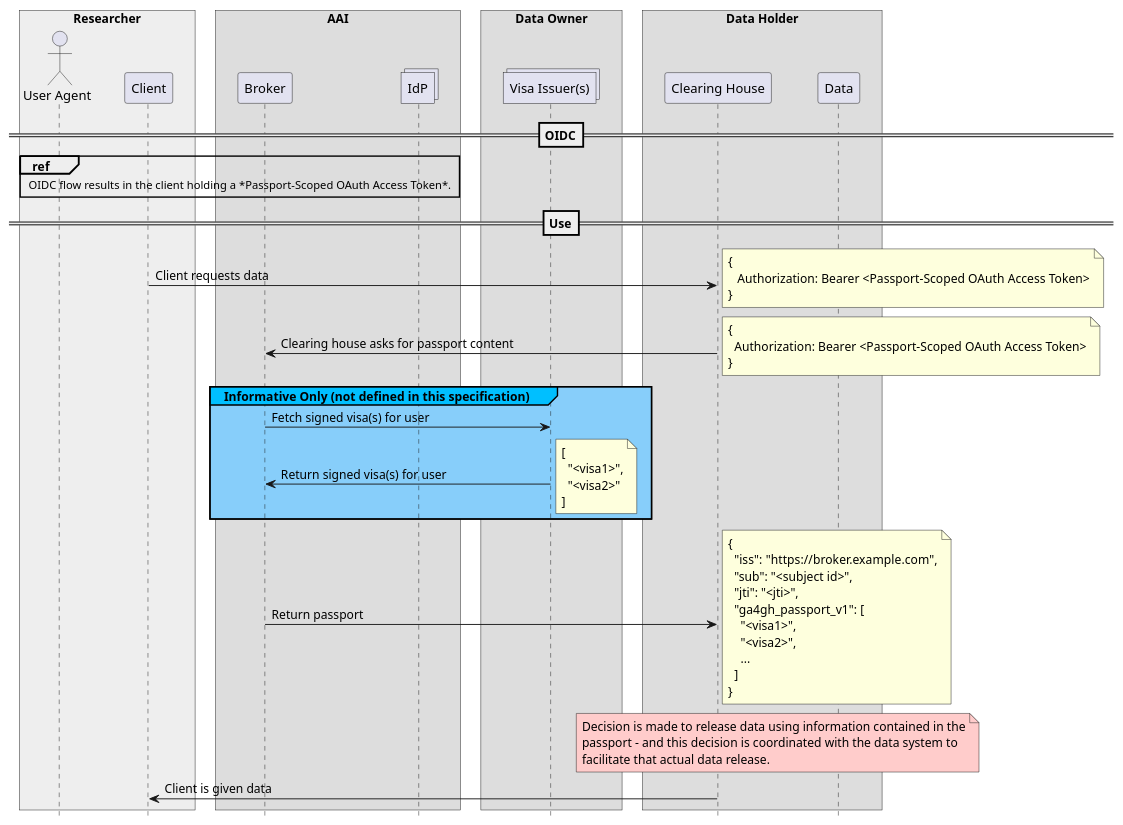
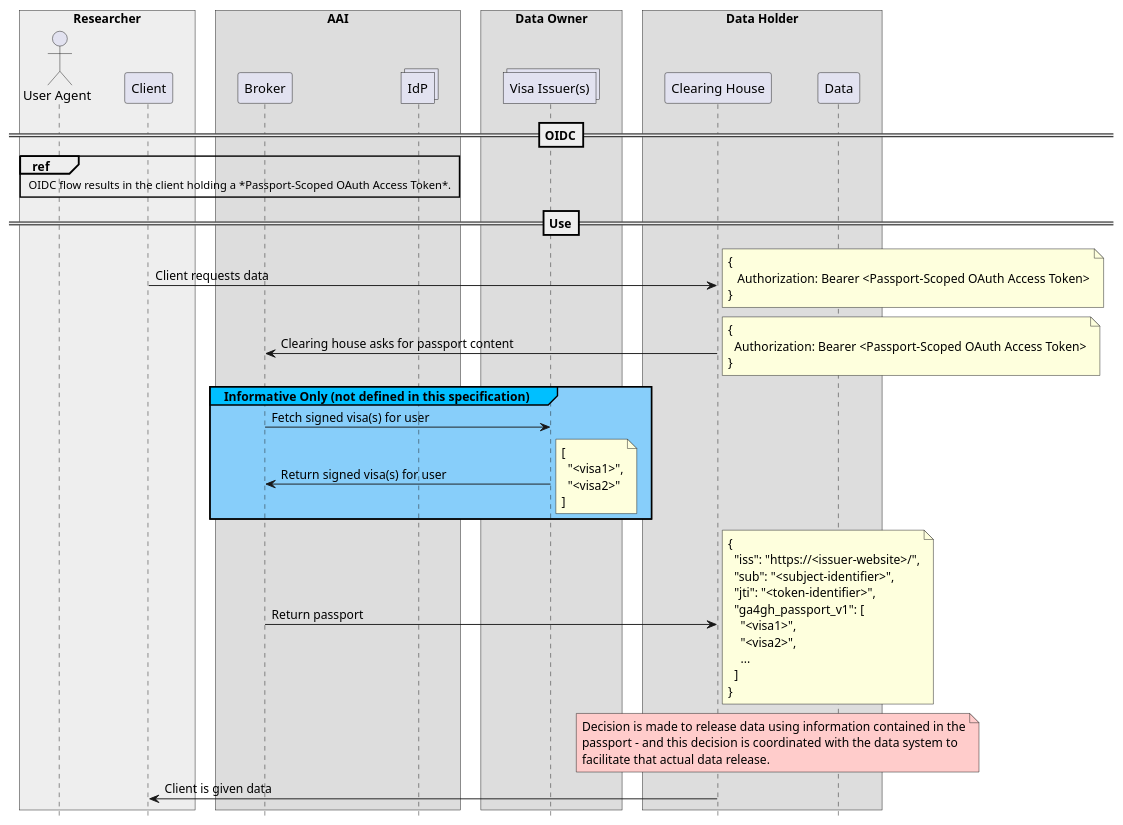
One commit to ga4gh/data-security changed the first of 2 diagrams in AAI/AAIConnectProfile.md. Above: the diagram before and after it, drawn with PlantUML. The commit also changed other lines of this file, not shown here.

Commit message:
Matched token fields better to main spec Added audience into token exchange (speculative)

```diff
--- a/AAI/AAIConnectProfile.md
+++ b/AAI/AAIConnectProfile.md
@@ -831,83 +831,83 @@
 {% plantuml %}
 
 hide footbox
 skinparam BoxPadding 10
 skinparam ParticipantPadding 20
 
 box "Researcher"  #eee
 actor       "User Agent"                as user
 participant Client                      as client
 end box
 
 box "AAI"
 participant Broker                      as broker
 collections "IdP"                       as idps
 end box
 
 box "Data Owner"
 collections "Visa Issuer(s)"            as issuers
 end box
 
 box "Data Holder"
 participant "Clearing House"            as clearing
 participant "Data"                      as data
 end box
 
 ==OIDC==
 
 ref over user, client, broker, idps
 OIDC flow results in the client holding a *Passport-Scoped OAuth Access Token*.
 end ref
 
 ==Use==
 
 client -> clearing : Client requests data
 note right 
 {
    Authorization: Bearer <Passport-Scoped OAuth Access Token>
 }
 end note
 
 clearing -> broker : Clearing house asks for passport content
 note right 
 {
   Authorization: Bearer <Passport-Scoped OAuth Access Token>
 }
 end note
 
 group#DeepSkyBlue #LightSkyBlue Informative Only (not defined in this specification)
     broker -> issuers : Fetch signed visa(s) for user
     broker <- issuers : Return signed visa(s) for user
     note right
     [
       "<visa1>",
       "<visa2>"
     ]
     end note
 end
 
 clearing <- broker : Return passport
 note right
 {
-  "iss": "https://broker.example.com",
-  "sub": "<subject id>",
-  "jti": "<jti>",
+  "iss": "https://<issuer-website>/",
+  "sub": "<subject-identifier>",
+  "jti": "<token-identifier>",
   "ga4gh_passport_v1": [
     "<visa1>",
     "<visa2>",
     ...
   ]
 }
 end note
 
 
 note over clearing, data  #FFCCCB
 Decision is made to release data using information contained in the
 passport - and this decision is coordinated with the data system to
 facilitate that actual data release.
 end note
 
 client <- clearing : Client is given data
 
 
 {% endplantuml %}
```
